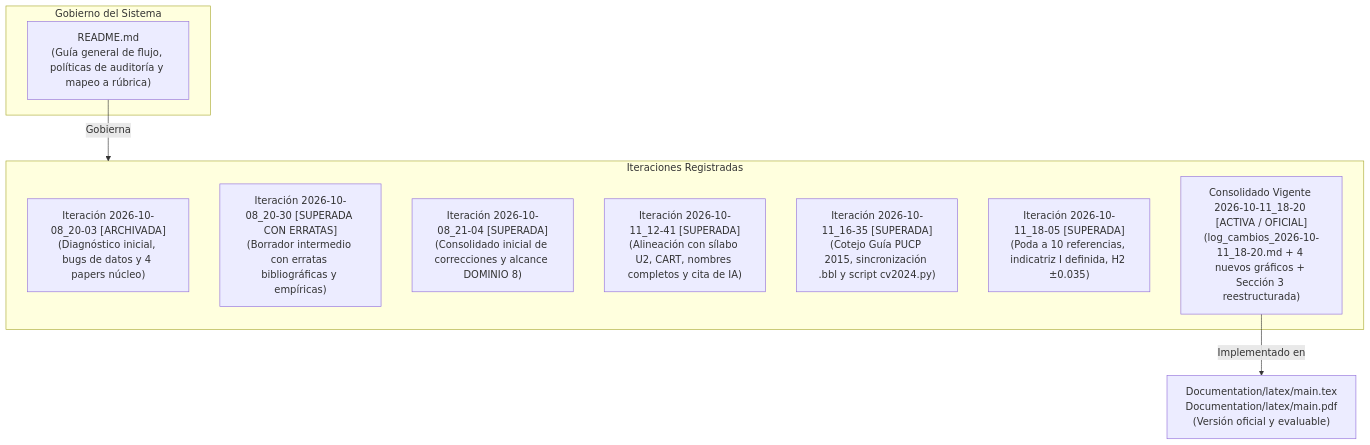
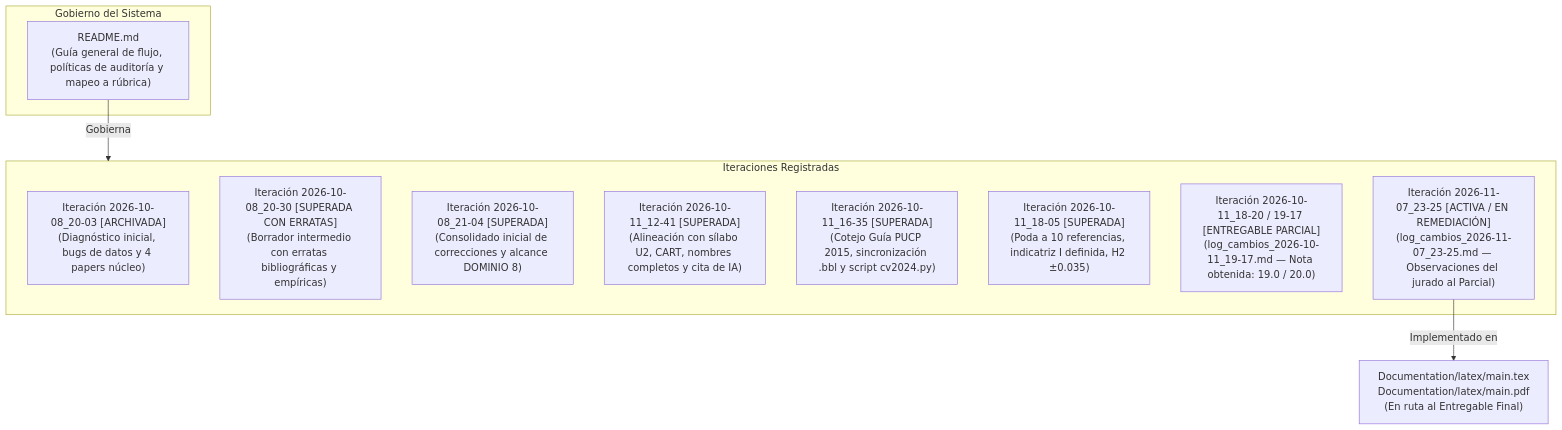
One commit to Ga3lAE/IA-Tarea-Academica changed the diagram in Documentation/Observaciones a levantar/README.md. Above: the diagram before and after it, drawn with Mermaid. The commit also changed other lines of this file and 1 other file, not shown here.

Commit message:
ADD: Observaciones JP

````diff
--- a/Documentation/Observaciones a levantar/README.md
+++ b/Documentation/Observaciones a levantar/README.md
@@ -11,19 +11,20 @@
 ```mermaid
 flowchart TD
     subgraph Marco["Gobierno del Sistema"]
         R["README.md\n(Guía general de flujo, políticas de auditoría y mapeo a rúbrica)"]
     end
 
     subgraph Historial["Iteraciones Registradas"]
         I1["Iteración 2026-10-08_20-03 [ARCHIVADA]\n(Diagnóstico inicial, bugs de datos y 4 papers núcleo)"]
         I2["Iteración 2026-10-08_20-30 [SUPERADA CON ERRATAS]\n(Borrador intermedio con erratas bibliográficas y empíricas)"]
         I3["Iteración 2026-10-08_21-04 [SUPERADA]\n(Consolidado inicial de correcciones y alcance DOMINIO 8)"]
         I4["Iteración 2026-10-11_12-41 [SUPERADA]\n(Alineación con sílabo U2, CART, nombres completos y cita de IA)"]
         I5["Iteración 2026-10-11_16-35 [SUPERADA]\n(Cotejo Guía PUCP 2015, sincronización .bbl y script cv2024.py)"]
         I6["Iteración 2026-10-11_18-05 [SUPERADA]\n(Poda a 10 referencias, indicatriz I definida, H2 ±0.035)"]
-        I7["Consolidado Vigente 2026-10-11_18-20 [ACTIVA / OFICIAL]\n(log_cambios_2026-10-11_18-20.md + 4 nuevos gráficos + Sección 3 reestructurada)"]
+        I7["Iteración 2026-10-11_18-20 / 19-17 [ENTREGABLE PARCIAL]\n(log_cambios_2026-10-11_19-17.md — Nota obtenida: 19.0 / 20.0)"]
+        I8["Iteración 2026-11-07_23-25 [ACTIVA / EN REMEDIACIÓN]\n(log_cambios_2026-11-07_23-25.md — Observaciones del jurado al Parcial)"]
     end
 
     R -->|Gobierna| Historial
-    I7 -->|Implementado en| DOCS["Documentation/latex/main.tex\nDocumentation/latex/main.pdf\n(Versión oficial y evaluable)"]
+    I8 -->|Implementado en| DOCS["Documentation/latex/main.tex\nDocumentation/latex/main.pdf\n(En ruta al Entregable Final)"]
 ```
````
